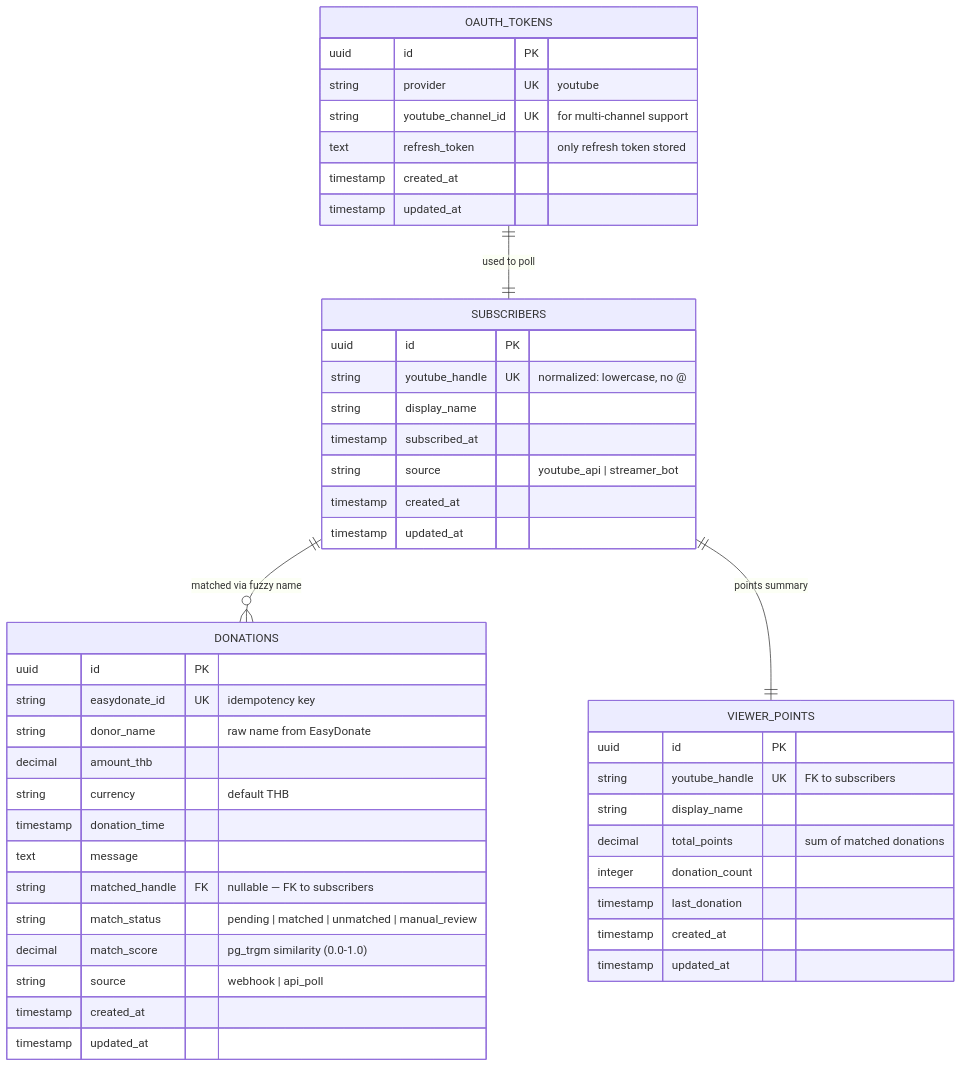
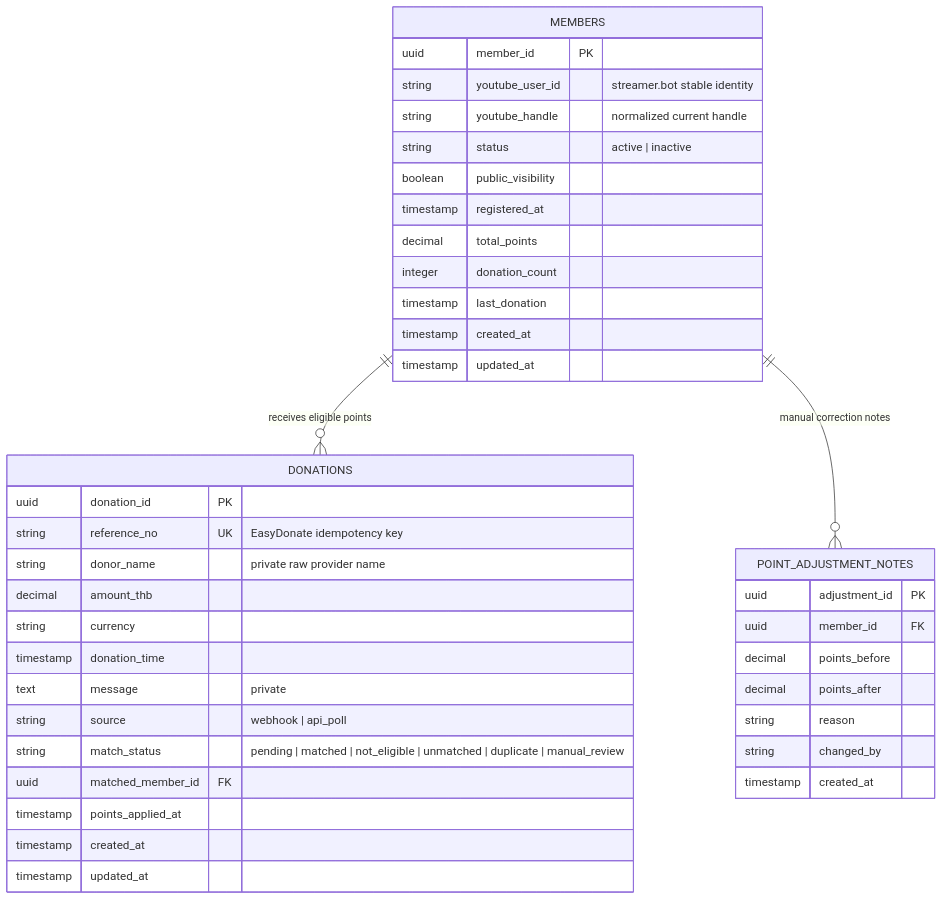
One commit to oat431/document_template changed the first of 2 diagrams in external_spec/deerngo_bot/02_design/024_ERD.md. Above: the diagram before and after it, drawn with Mermaid. The commit also changed other lines of this file and 32 other files, not shown here.

````diff
--- a/external_spec/deerngo_bot/02_design/024_ERD.md
+++ b/external_spec/deerngo_bot/02_design/024_ERD.md
@@ -50,52 +35,45 @@
 ```mermaid
 erDiagram
-    SUBSCRIBERS ||--o{ DONATIONS : "matched via fuzzy name"
-    SUBSCRIBERS ||--|| VIEWER_POINTS : "points summary"
-    OAUTH_TOKENS ||--|| SUBSCRIBERS : "used to poll"
+    MEMBERS ||--o{ DONATIONS : "receives eligible points"
+    MEMBERS ||--o{ POINT_ADJUSTMENT_NOTES : "manual correction notes"
 
-    SUBSCRIBERS {
-        uuid id PK
-        string youtube_handle UK "normalized: lowercase, no @"
-        string display_name
-        timestamp subscribed_at
-        string source "youtube_api | streamer_bot"
-        timestamp created_at
-        timestamp updated_at
-    }
-
-    DONATIONS {
-        uuid id PK
-        string easydonate_id UK "idempotency key"
-        string donor_name "raw name from EasyDonate"
-        decimal amount_thb
-        string currency "default THB"
-        timestamp donation_time
-        text message
-        string matched_handle FK "nullable — FK to subscribers"
-        string match_status "pending | matched | unmatched | manual_review"
-        decimal match_score "pg_trgm similarity (0.0-1.0)"
-        string source "webhook | api_poll"
-        timestamp created_at
-        timestamp updated_at
-    }
-
-    VIEWER_POINTS {
-        uuid id PK
-        string youtube_handle UK "FK to subscribers"
-        string display_name
-        decimal total_points "sum of matched donations"
+    MEMBERS {
+        uuid member_id PK
+        string youtube_user_id "streamer.bot stable identity"
+        string youtube_handle "normalized current handle"
+        string status "active | inactive"
+        boolean public_visibility
+        timestamp registered_at
+        decimal total_points
         integer donation_count
         timestamp last_donation
         timestamp created_at
         timestamp updated_at
     }
 
-    OAUTH_TOKENS {
-        uuid id PK
-        string provider UK "youtube"
-        string youtube_channel_id UK "for multi-channel support"
-        text refresh_token "only refresh token stored"
+    DONATIONS {
+        uuid donation_id PK
+        string reference_no UK "EasyDonate idempotency key"
+        string donor_name "private raw provider name"
+        decimal amount_thb
+        string currency
+        timestamp donation_time
+        text message "private"
+        string source "webhook | api_poll"
+        string match_status "pending | matched | not_eligible | unmatched | duplicate | manual_review"
+        uuid matched_member_id FK
+        timestamp points_applied_at
         timestamp created_at
         timestamp updated_at
     }
+
+    POINT_ADJUSTMENT_NOTES {
+        uuid adjustment_id PK
+        uuid member_id FK
+        decimal points_before
+        decimal points_after
+        string reason
+        string changed_by
+        timestamp created_at
+    }
 ```
````
